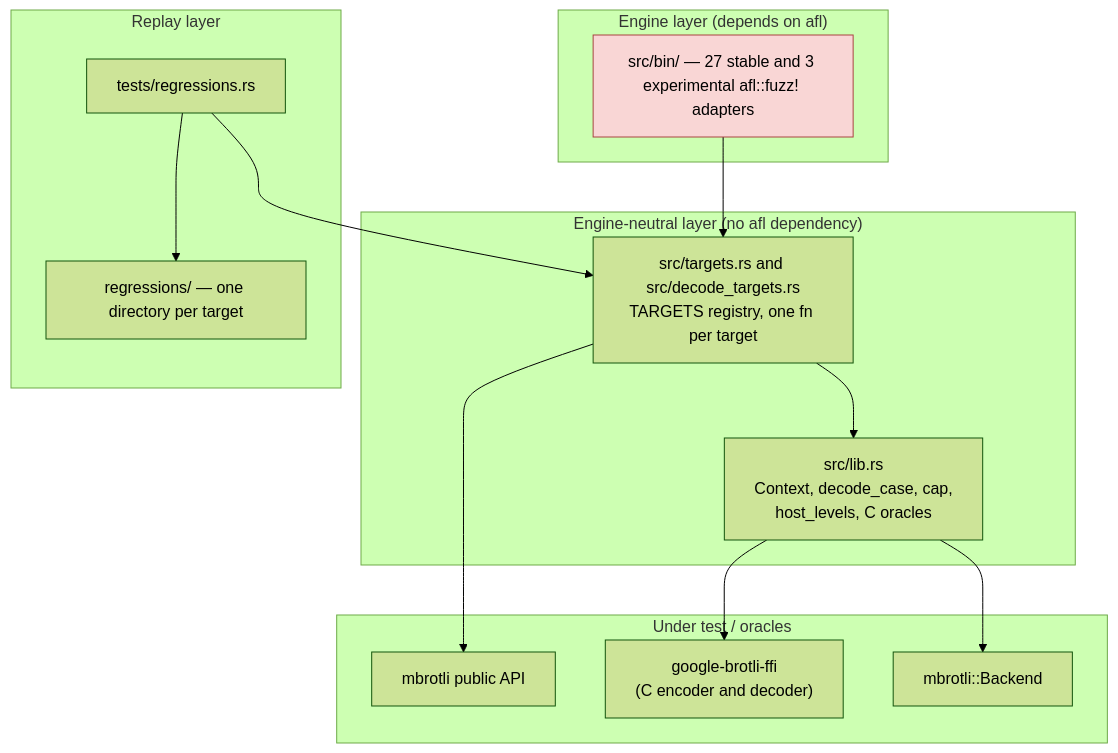
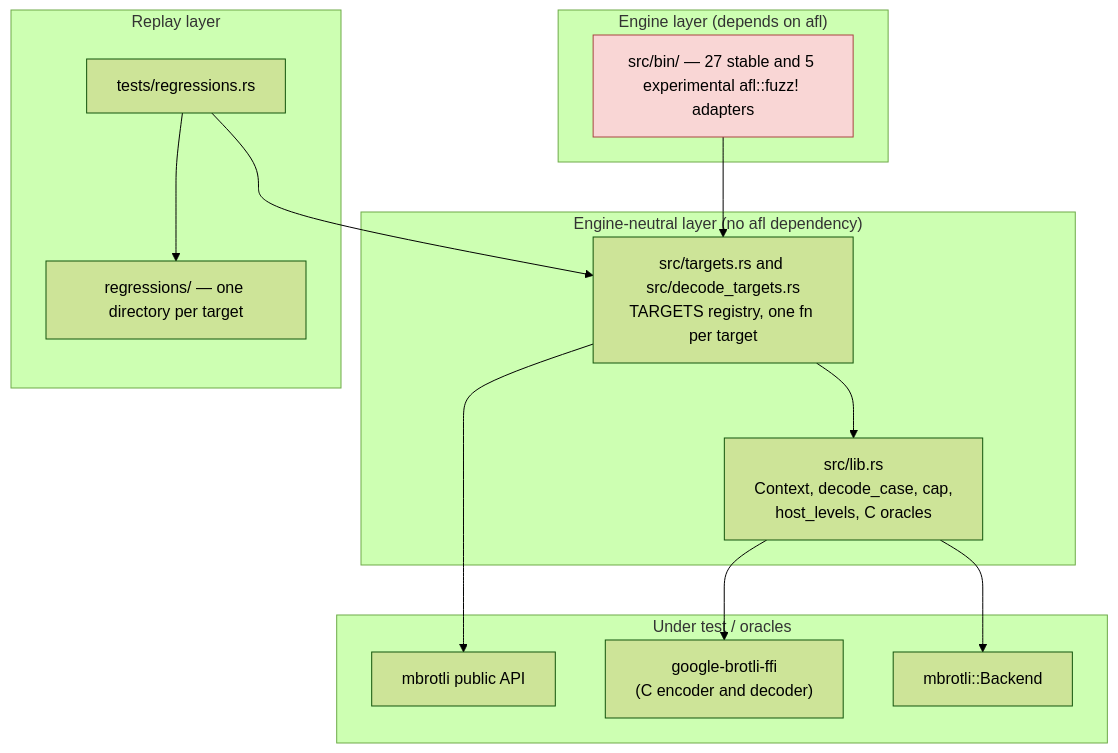
One commit to Mnwa/mbrotli changed the second of 11 diagrams in architecture/fuzzing.md. Above: the diagram before and after it, drawn with Mermaid (forest theme). The commit also changed other lines of this file and 58 other files, not shown here.

````diff
--- a/architecture/fuzzing.md
+++ b/architecture/fuzzing.md
@@ -38,33 +39,33 @@
 ```mermaid
 graph TD
     subgraph engine["Engine layer (depends on afl)"]
-        bins["src/bin/ — 27 stable and 3 experimental afl::fuzz! adapters"]
+        bins["src/bin/ — 27 stable and 5 experimental afl::fuzz! adapters"]
     end
 
     subgraph neutral["Engine-neutral layer (no afl dependency)"]
         targets["src/targets.rs and src/decode_targets.rs<br/>TARGETS registry, one fn per target"]
         lib["src/lib.rs<br/>Context, decode_case, cap,<br/>host_levels, C oracles"]
     end
 
     subgraph replay["Replay layer"]
         regtest["tests/regressions.rs"]
         corpus["regressions/ — one directory per target"]
     end
 
     subgraph under["Under test / oracles"]
         mbrotli["mbrotli public API"]
         ffi["google-brotli-ffi<br/>(C encoder and decoder)"]
         simd["mbrotli::Backend"]
     end
 
     bins --> targets
     regtest --> targets
     regtest --> corpus
     targets --> lib
     targets --> mbrotli
     lib --> ffi
     lib --> simd
 
     classDef engineNode fill:#f9d6d5,stroke:#a94442;
     class bins engineNode;
 ```
````
